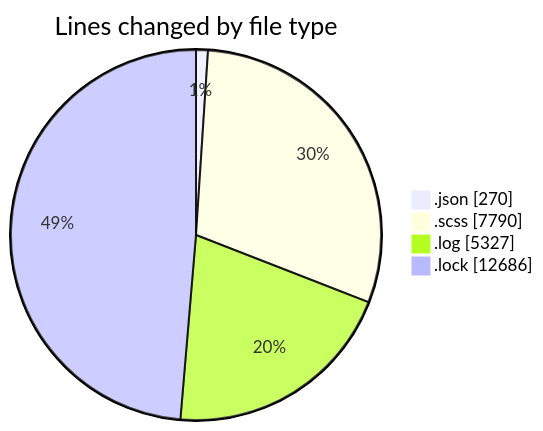
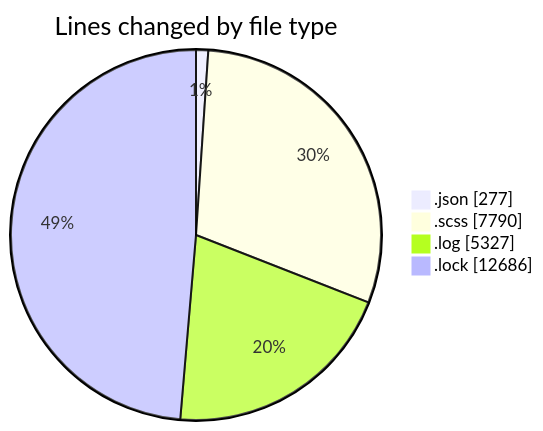
One commit to momahboobian/code-tracking changed the first of 2 diagrams in 2026-01-22/cda/README.md. Above: the diagram before and after it, drawn with Mermaid. The commit also changed other lines of this file and 1 other file, not shown here.

````diff
--- a/2026-01-22/cda/README.md
+++ b/2026-01-22/cda/README.md
@@ -81,8 +81,8 @@
 ```mermaid
 pie showData
 title Lines changed by file type
-".json" : 270
+".json" : 277
 ".scss" : 7790
 ".log" : 5327
 ".lock" : 12686
 ```
````
